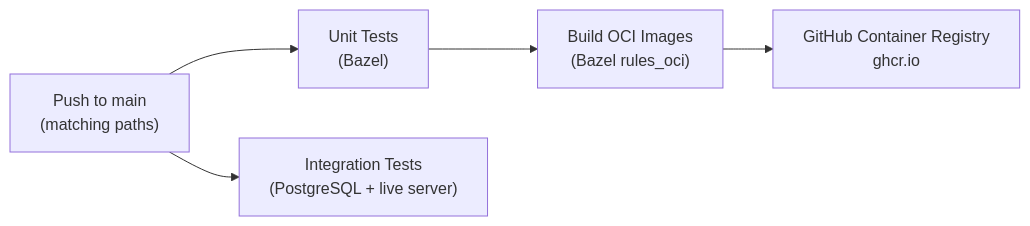
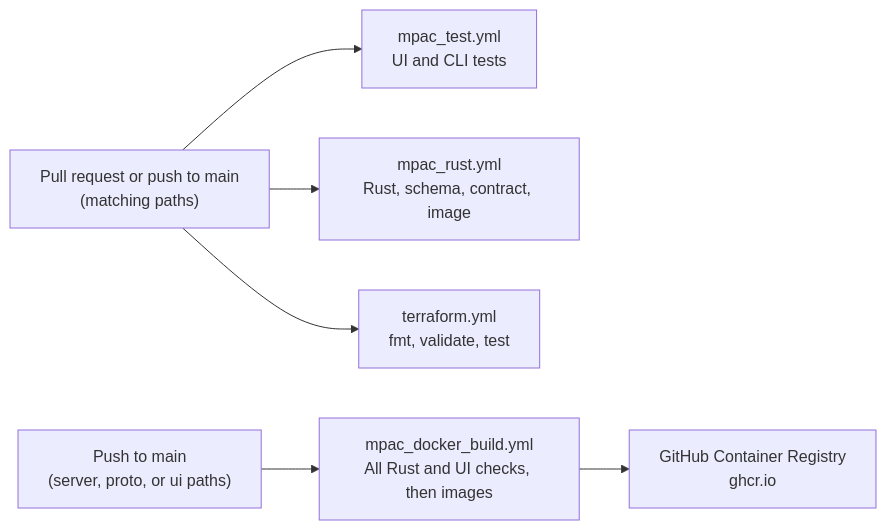
Before and after one commit to pelidum/mpac: the eighth of 8 diagrams in docs/mpac_guide.md, drawn with Mermaid. The commit also changed other lines of this file and 286 other files, not shown here.

First line of the commit message:
Replace the Python server with a Rust backend

````diff
--- a/docs/mpac_guide.md
+++ b/docs/mpac_guide.md
@@ -1087,13 +1434,16 @@
 ```mermaid
 flowchart LR
-    Push["Push to main\n(matching paths)"]
-    UnitTests["Unit Tests\n(Bazel)"]
-    IntTests["Integration Tests\n(PostgreSQL + live server)"]
-    Build["Build OCI Images\n(Bazel rules_oci)"]
+    Change["Pull request or push to main\n(matching paths)"]
+    UI["mpac_test.yml\nUI and CLI tests"]
+    Rust["mpac_rust.yml\nRust, schema, contract, image"]
+    TF["terraform.yml\nfmt, validate, test"]
+    Main["Push to main\n(server, proto, or ui paths)"]
+    Build["mpac_docker_build.yml\nAll Rust and UI checks, then images"]
     Registry["GitHub Container Registry\nghcr.io"]
 
-    Push --> UnitTests
-    UnitTests --> Build
-    Push --> IntTests
+    Change --> UI
+    Change --> Rust
+    Change --> TF
+    Main --> Build
     Build --> Registry
 ```
````
